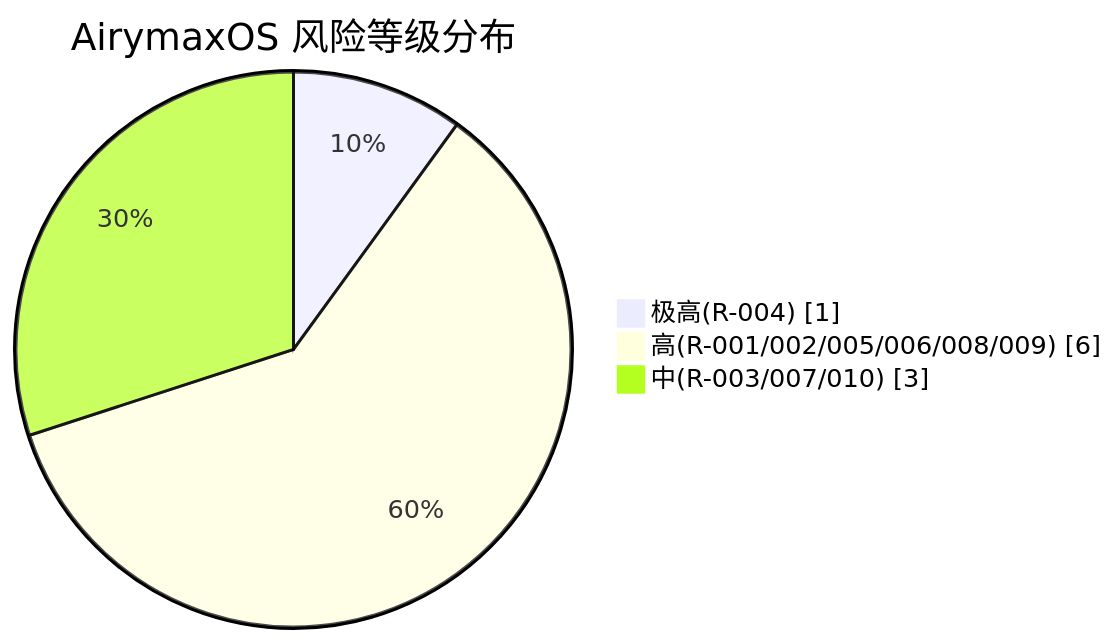
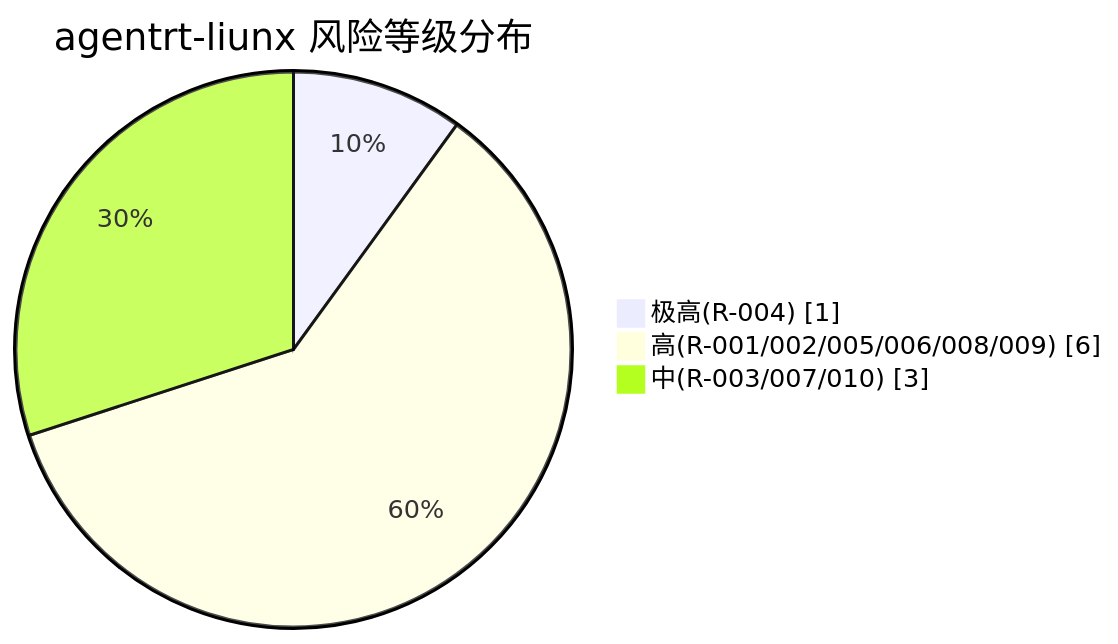
Before and after one commit to openairymax/docs: the second of 3 diagrams in AirymaxAgentOS/130-roadmap/05-risk-mitigation.md, drawn with Mermaid. The commit also changed other lines of this file and 99 other files, not shown here.

````diff
--- a/AirymaxAgentOS/130-roadmap/05-risk-mitigation.md
+++ b/AirymaxAgentOS/130-roadmap/05-risk-mitigation.md
@@ -263,7 +263,7 @@
 ```mermaid
 pie showData
-    title AirymaxOS 风险等级分布
+    title agentrt-liunx 风险等级分布
     "极高(R-004)" : 1
     "高(R-001/002/005/006/008/009)" : 6
     "中(R-003/007/010)" : 3
 ```
````
